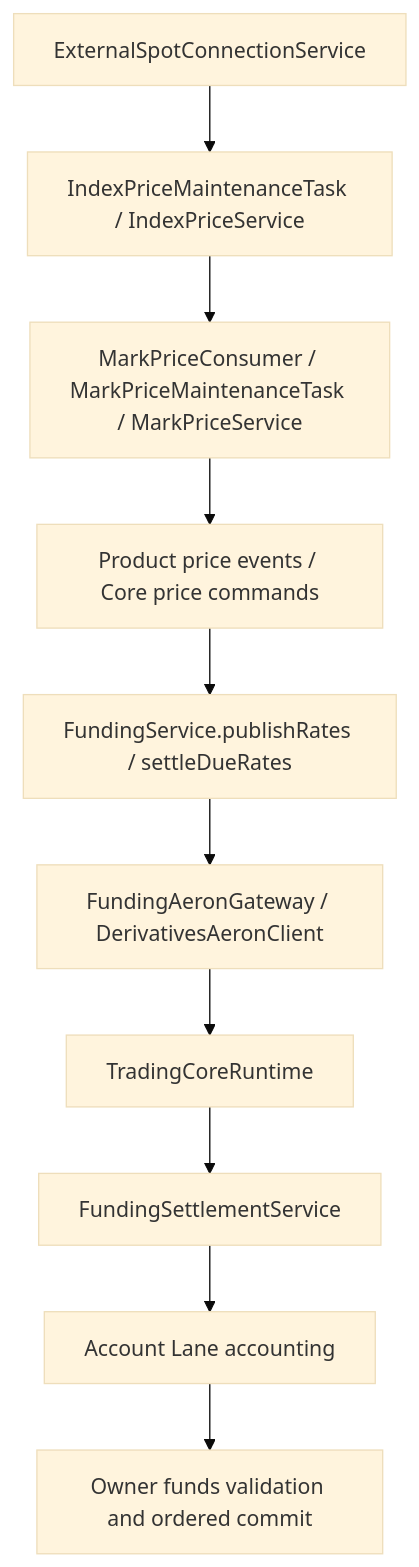
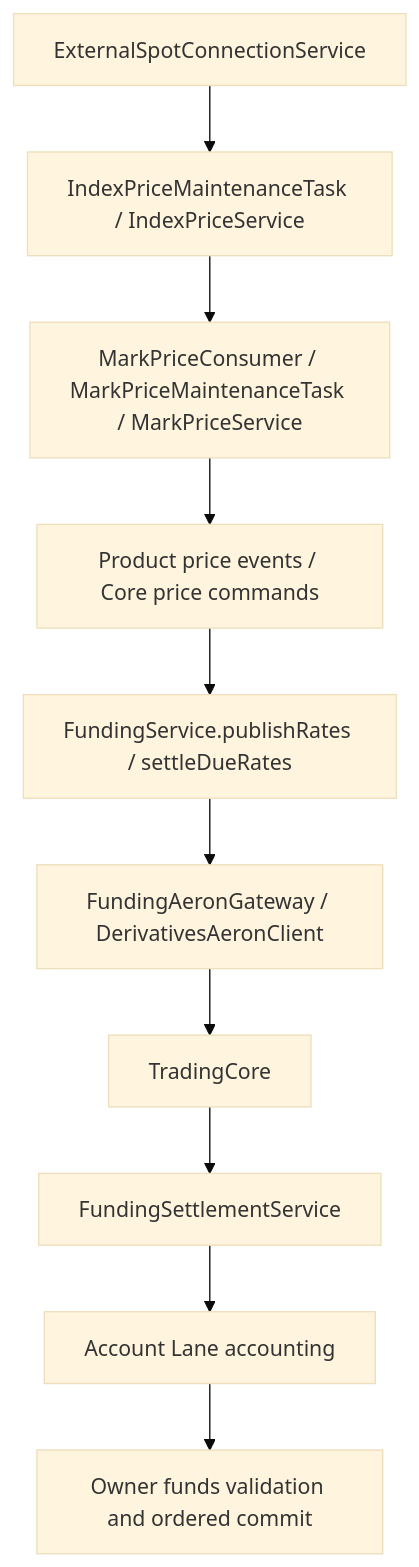
One commit to lilaizhencn/surprising-ex changed the ninth of 15 diagrams in README.md. Above: the diagram before and after it, drawn with Mermaid (base theme). The commit also changed other lines of this file and 329 other files, not shown here.

````diff
--- a/README.md
+++ b/README.md
@@ -236,12 +236,12 @@
 ```mermaid
 flowchart TB
     Feed[ExternalSpotConnectionService] --> Index[IndexPriceMaintenanceTask / IndexPriceService]
     Index --> Mark[MarkPriceConsumer / MarkPriceMaintenanceTask / MarkPriceService]
     Mark --> Inputs[Product price events / Core price commands]
     Inputs --> Funding[FundingService.publishRates / settleDueRates]
     Funding --> FG[FundingAeronGateway / DerivativesAeronClient]
-    FG --> Core[TradingCoreRuntime]
+    FG --> Core[TradingCore]
     Core --> FP[FundingSettlementService]
     FP --> Lanes[Account Lane accounting]
     Lanes --> Commit[Owner funds validation and ordered commit]
 ```
````
